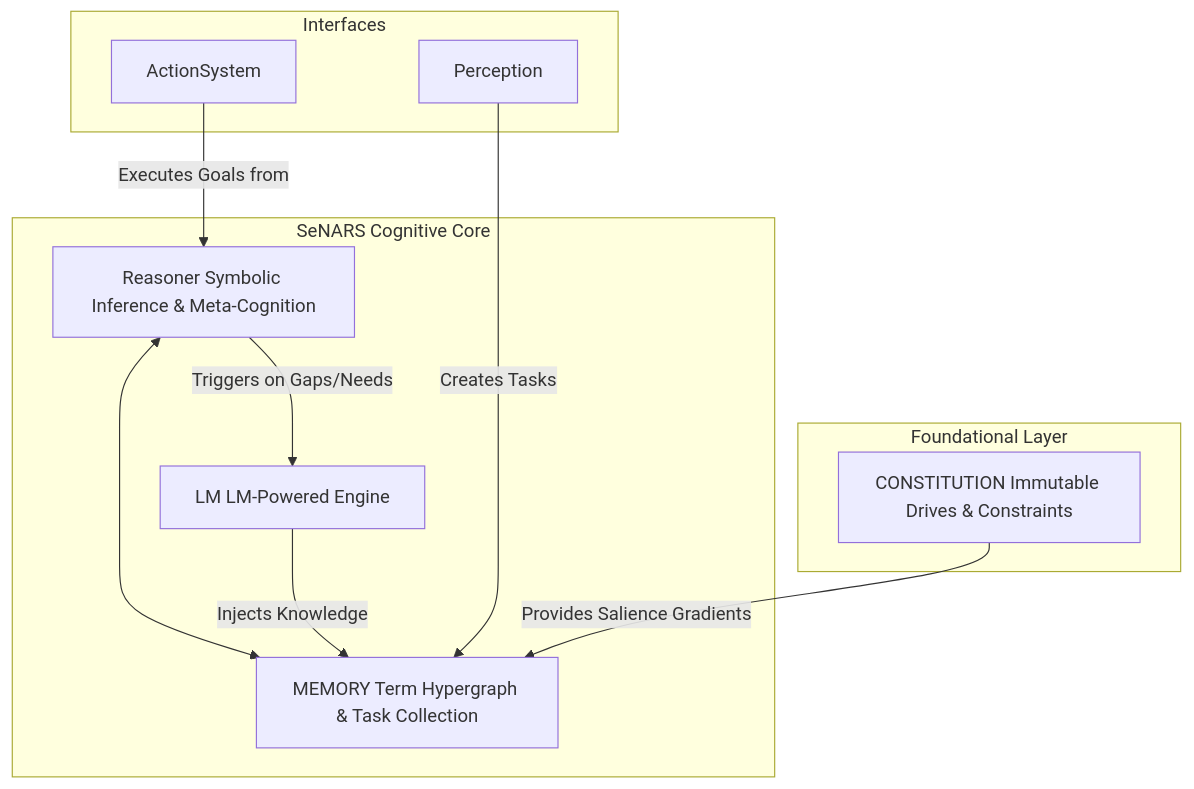
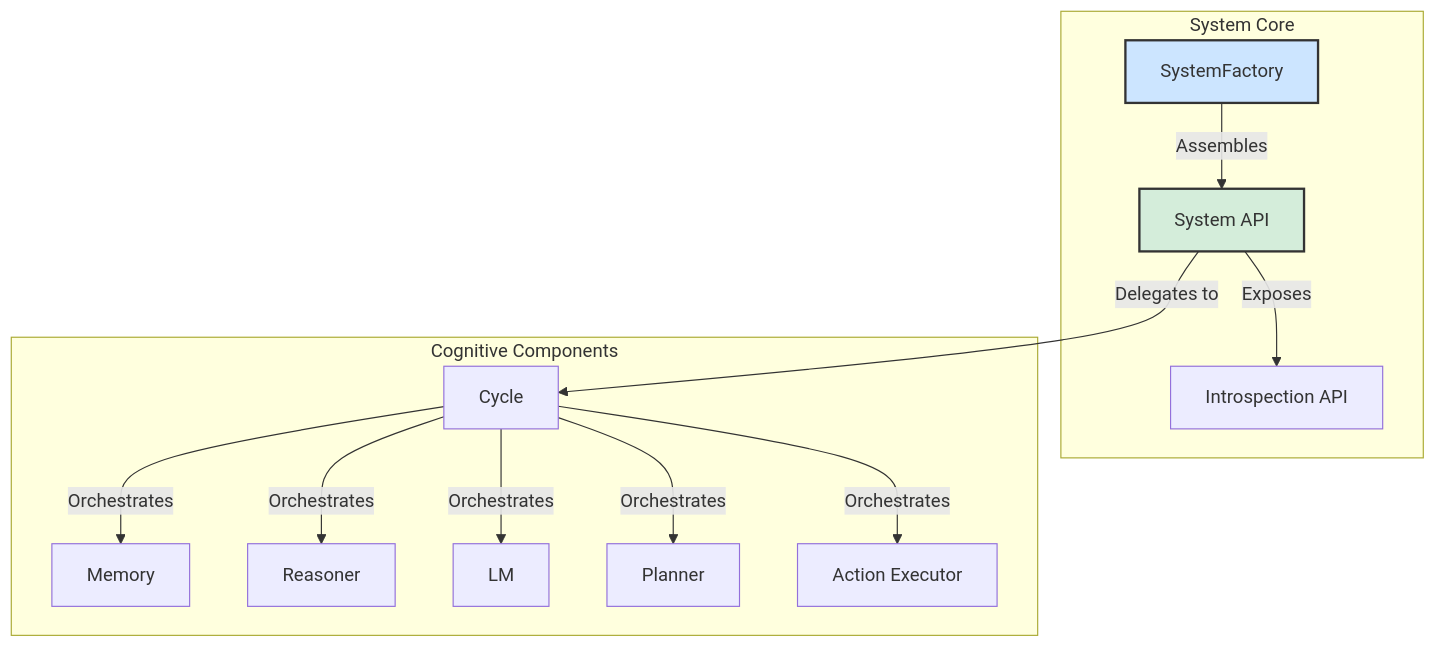
One commit to automenta/senars8 changed the diagram in README.md. Above: the diagram before and after it, drawn with Mermaid. The commit also changed other lines of this file and 223 other files, not shown here.

````diff
--- a/README.md
+++ b/README.md
@@ -40,21 +40,29 @@
 ```mermaid
 graph TD
-    subgraph "SeNARS Cognitive Core"
-        Reasoner[Reasoner Symbolic Inference & Meta-Cognition]
-        Memory[MEMORY Term Hypergraph & Task Collection]
-        LM[LM LM-Powered Engine]
-
-        Reasoner <--> Memory
-        Reasoner -- Triggers on Gaps/Needs --> LM
-        LM -- Injects Knowledge --> Memory
+    subgraph "System Core"
+        A[System API]
+        F[SystemFactory]
+        I[Introspection API]
     end
 
-    subgraph "Interfaces"
-        Perception -- Creates Tasks --> Memory
-        ActionSystem -- Executes Goals from --> Reasoner
+    subgraph "Cognitive Components"
+        M[Memory]
+        R[Reasoner]
+        L[LM]
+        P[Planner]
+        AE[Action Executor]
+        C[Cycle]
     end
 
-    subgraph "Foundational Layer"
-        Constitution[CONSTITUTION Immutable Drives & Constraints] -- Provides Salience Gradients --> Memory
-    end
+    F -- Assembles --> A
+    A -- Exposes --> I
+    A -- Delegates to --> C
+    C -- Orchestrates --> M
+    C -- Orchestrates --> R
+    C -- Orchestrates --> L
+    C -- Orchestrates --> P
+    C -- Orchestrates --> AE
+
+    style F fill:#cce5ff,stroke:#333,stroke-width:2px
+    style A fill:#d4edda,stroke:#333,stroke-width:2px
 ```
````
